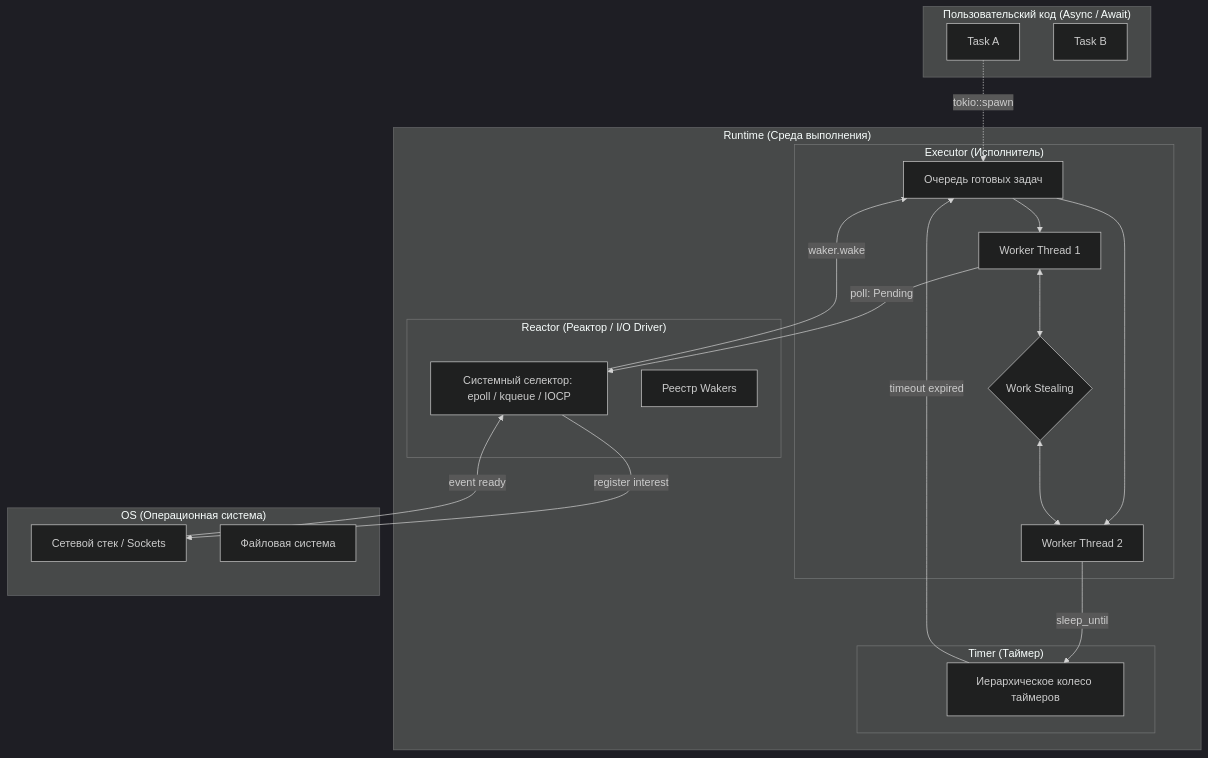
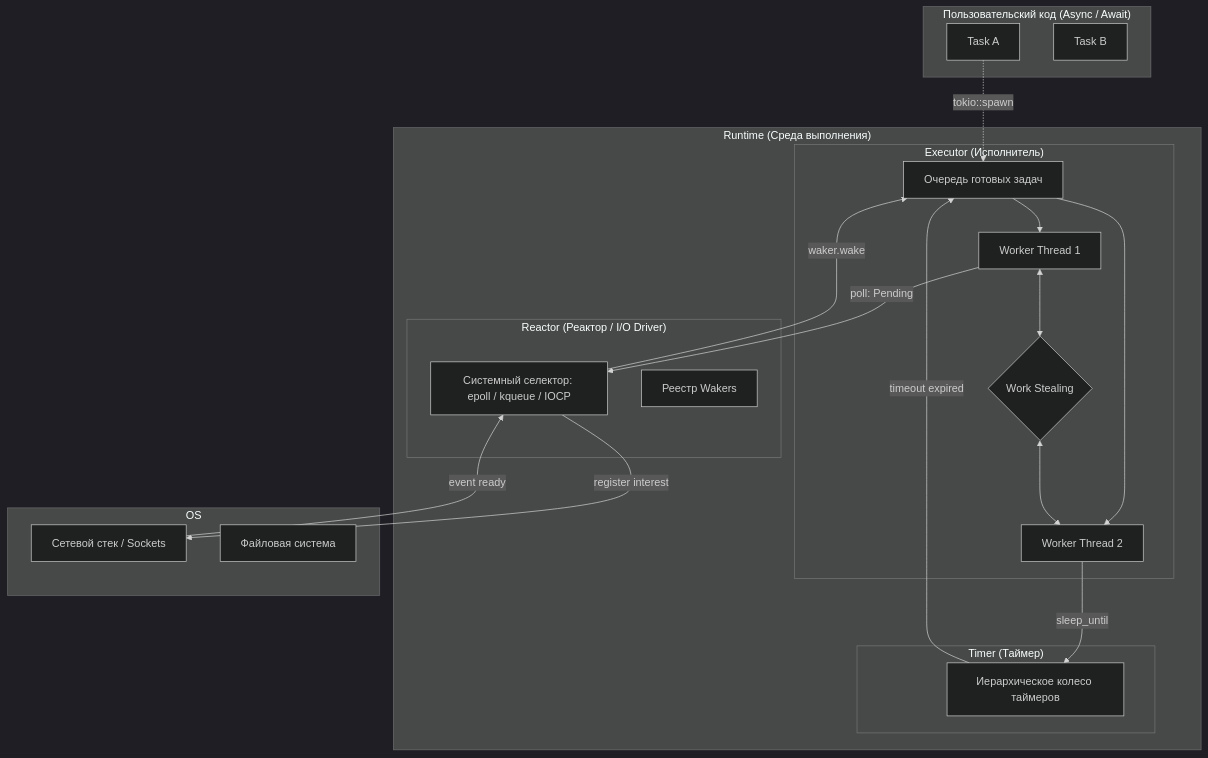
Before and after one commit to ArthurPronota/rust-incubator: the diagram in 3_ecosystem/3_11_async/README.md, drawn with Mermaid (dark theme).

````diff
--- a/3_ecosystem/3_11_async/README.md
+++ b/3_ecosystem/3_11_async/README.md
@@ -629,44 +629,44 @@
 ```mermaid
 graph TD
     subgraph "Пользовательский код (Async / Await)"
         Task1[Task A]
         Task2[Task B]
     end
 
     subgraph "Runtime (Среда выполнения)"
         subgraph "Executor (Исполнитель)"
             Queue[Очередь готовых задач]
             Worker1[Worker Thread 1]
             Worker2[Worker Thread 2]
             Steal{Work Stealing}
         end
 
         subgraph "Reactor (Реактор / I/O Driver)"
             Poller[Системный селектор: epoll / kqueue / IOCP]
             Registry[Реестр Wakers]
         end
 
         subgraph "Timer (Таймер)"
             Wheel[Иерархическое колесо таймеров]
         end
     end
 
-    subgraph "OS (Операционная система)"
+    subgraph "OS"
         Network[Сетевой стек / Sockets]
         Filesystem[Файловая система]
     end
 
     %% Потоки данных
     Task1 -.->|tokio::spawn| Queue
     Queue --> Worker1
     Queue --> Worker2
     Worker1 <--> Steal <--> Worker2
     
     Worker1 -->|poll: Pending| Poller
     Poller -->|register interest| Network
     Network -->|event ready| Poller
     Poller -->|waker.wake| Queue
     
     Worker2 -->|sleep_until| Wheel
     Wheel -->|timeout expired| Queue
 ```
````
